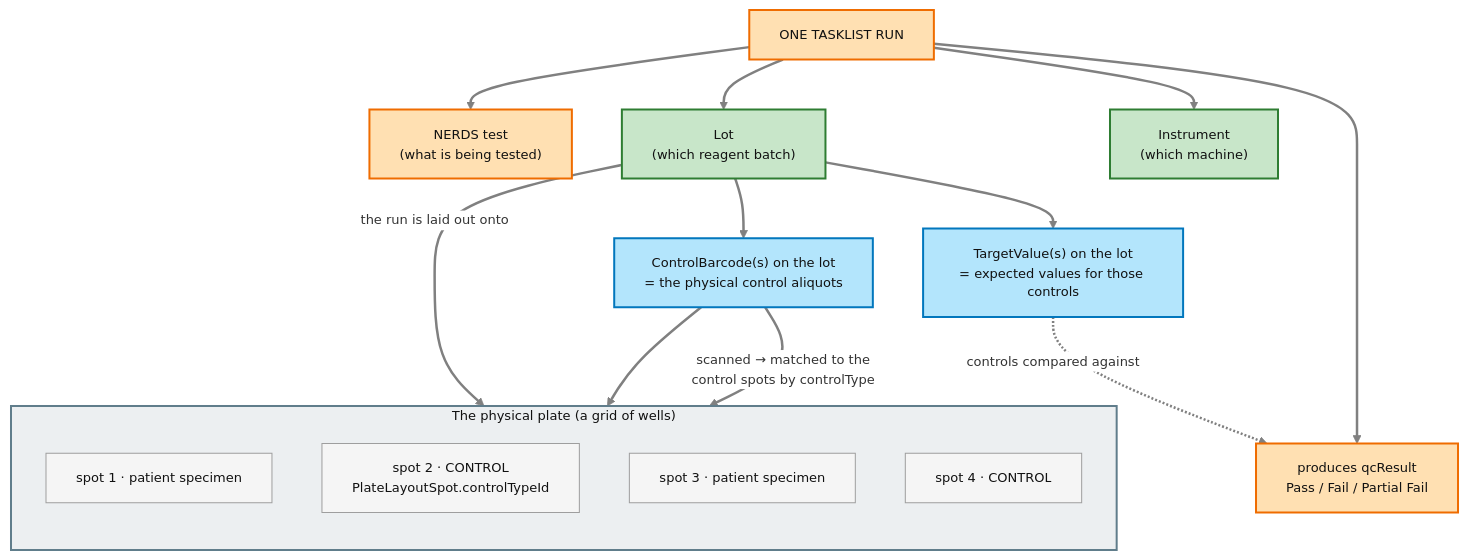
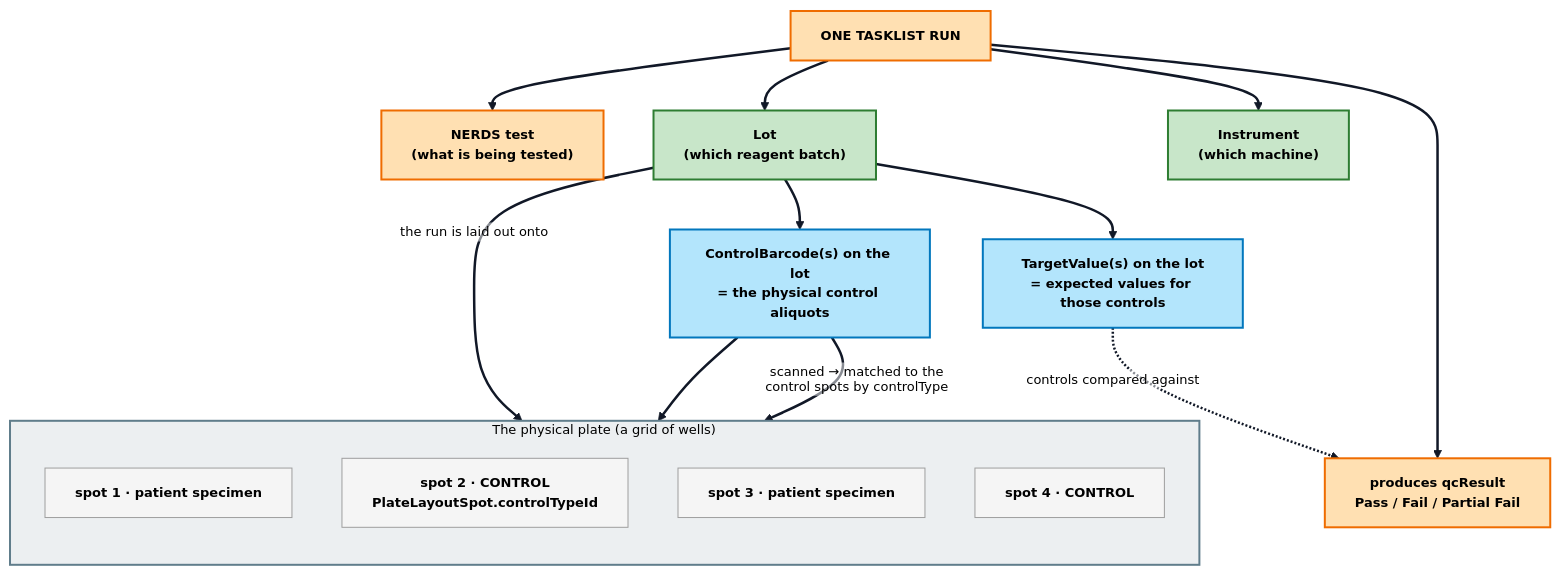
The fourth of 4 diagrams in src/assets/pages/app-resources/nerds/appDetails/00step/materials-qc/materials-qc.md (fengyanglin09/my-work-dashboard-app), drawn with Mermaid before and after one commit. The commit also changed other lines of this file and 35 other files, not shown here.

Commit message:
Add new mermaid diagrams for workflow and testing processes

````diff
--- a/src/assets/pages/app-resources/nerds/appDetails/00step/materials-qc/materials-qc.md
+++ b/src/assets/pages/app-resources/nerds/appDetails/00step/materials-qc/materials-qc.md
@@ -265,38 +285,38 @@
 ```mermaid
-%%{init: {"theme":"base", "themeVariables":{"background":"#ffffff","lineColor":"#808080","edgeLabelBackground":"#ffffff","fontSize":"13px"}, "flowchart":{"curve":"basis"}}}%%
+%%{init: {"theme":"base", "themeVariables":{"background":"#ffffff","mainBkg":"#ffffff","primaryColor":"#f8fafc","primaryTextColor":"#000000","primaryBorderColor":"#111827","secondaryColor":"#f8fafc","secondaryTextColor":"#000000","secondaryBorderColor":"#111827","tertiaryColor":"#f8fafc","tertiaryTextColor":"#000000","tertiaryBorderColor":"#111827","lineColor":"#111827","defaultLinkColor":"#111827","nodeTextColor":"#000000","textColor":"#000000","titleColor":"#000000","edgeLabelBackground":"#ffffff","clusterBkg":"#f8fafc","clusterBorder":"#111827","fontSize":"13px"}, "themeCSS":".nodeLabel,.nodeLabel *,.edgeLabel,.edgeLabel *,.cluster-label,.cluster-label *,.label,.label *,foreignObject,foreignObject *,text,tspan{color:#000000 !important;fill:#000000 !important;font-weight:700 !important;}.edgeLabel rect,.labelBkg{fill:#ffffff !important;opacity:0.96 !important;}", "flowchart":{"curve":"basis","htmlLabels":false}}}%%
 flowchart TD
     TL["ONE TASKLIST RUN"] --> N["NERDS test<br/>(what is being tested)"]
     TL --> L["Lot<br/>(which reagent batch)"]
     TL --> I["Instrument<br/>(which machine)"]
     TL --> QC["produces qcResult<br/>Pass / Fail / Partial Fail"]
 
     subgraph PLATE["The physical plate (a grid of wells)"]
         direction TB
         S1["spot 1 · patient specimen"]
         S2["spot 2 · CONTROL<br/>PlateLayoutSpot.controlTypeId"]
         S3["spot 3 · patient specimen"]
         S4["spot 4 · CONTROL"]
     end
     L -->|"the run is laid out onto"| PLATE
 
     L --> CB["ControlBarcode(s) on the lot<br/>= the physical control aliquots"]
     CB -->|"scanned → matched to the<br/>control spots by controlType"| S2
     CB --> S4
 
     L --> TV["TargetValue(s) on the lot<br/>= expected values for those controls"]
     TV -.->|"controls compared against"| QC
 
-    classDef run   fill:#ffe0b2,stroke:#ef6c00,stroke-width:2px,color:#111111;
-    classDef mat   fill:#c8e6c9,stroke:#2e7d32,stroke-width:2px,color:#111111;
-    classDef ctrl  fill:#b3e5fc,stroke:#0277bd,stroke-width:2px,color:#111111;
-    classDef spot  fill:#f5f5f5,stroke:#9e9e9e,stroke-width:1px,color:#111111;
+    classDef run   fill:#ffe0b2,stroke:#ef6c00,stroke-width:2px,color:#000000,font-weight:700;
+    classDef mat   fill:#c8e6c9,stroke:#2e7d32,stroke-width:2px,color:#000000,font-weight:700;
+    classDef ctrl  fill:#b3e5fc,stroke:#0277bd,stroke-width:2px,color:#000000,font-weight:700;
+    classDef spot  fill:#f5f5f5,stroke:#9e9e9e,stroke-width:1px,color:#000000,font-weight:700;
 
     class TL,N,QC run;
     class L,I mat;
     class CB,TV ctrl;
     class S1,S2,S3,S4 spot;
 
-    style PLATE fill:#eceff1,stroke:#607d8b,stroke-width:2px,color:#111111
+    style PLATE fill:#eceff1,stroke:#607d8b,stroke-width:2px,color:#000000,font-weight:700
 
-    linkStyle default stroke:#808080,stroke-width:2.5px
+    linkStyle default stroke:#111827,stroke-width:2.5px
 ```
````
